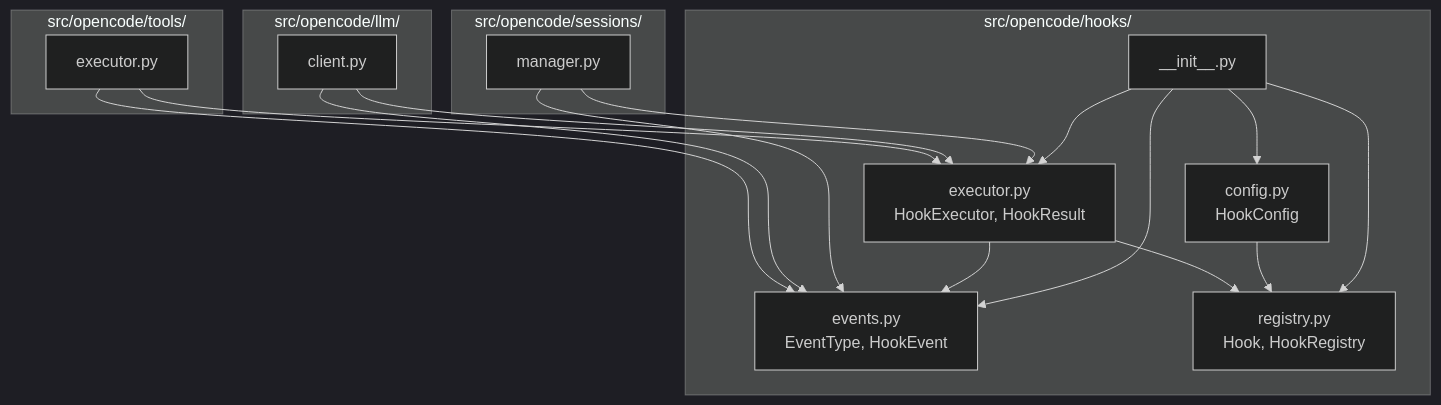
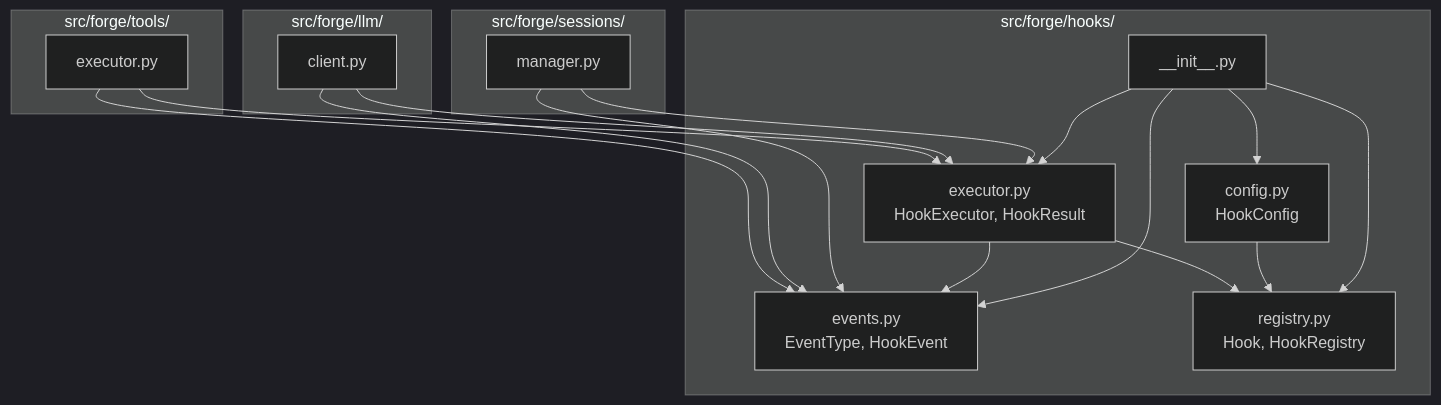
Diagram 11 of 13 in .ai/phase/4.2/UML.md (corey-rosamond/Code-Forge), drawn with Mermaid (dark theme) before and after one commit. The commit also changed other lines of this file and 505 other files, not shown here.

````diff
--- a/.ai/phase/4.2/UML.md
+++ b/.ai/phase/4.2/UML.md
@@ -370,41 +370,41 @@
 ```mermaid
 flowchart TB
-    subgraph HooksPkg["src/opencode/hooks/"]
+    subgraph HooksPkg["src/forge/hooks/"]
         INIT["__init__.py"]
         EVENTS["events.py<br/>EventType, HookEvent"]
         REGISTRY["registry.py<br/>Hook, HookRegistry"]
         EXECUTOR["executor.py<br/>HookExecutor, HookResult"]
         CONFIG["config.py<br/>HookConfig"]
     end
 
-    subgraph ToolsPkg["src/opencode/tools/"]
+    subgraph ToolsPkg["src/forge/tools/"]
         TOOL_EXEC["executor.py"]
     end
 
-    subgraph LLMPkg["src/opencode/llm/"]
+    subgraph LLMPkg["src/forge/llm/"]
         CLIENT["client.py"]
     end
 
-    subgraph SessionPkg["src/opencode/sessions/"]
+    subgraph SessionPkg["src/forge/sessions/"]
         MANAGER["manager.py"]
     end
 
     TOOL_EXEC --> EVENTS
     TOOL_EXEC --> EXECUTOR
 
     CLIENT --> EVENTS
     CLIENT --> EXECUTOR
 
     MANAGER --> EVENTS
     MANAGER --> EXECUTOR
 
     EXECUTOR --> REGISTRY
     EXECUTOR --> EVENTS
 
     CONFIG --> REGISTRY
 
     INIT --> EVENTS
     INIT --> REGISTRY
     INIT --> EXECUTOR
     INIT --> CONFIG
 ```
````
